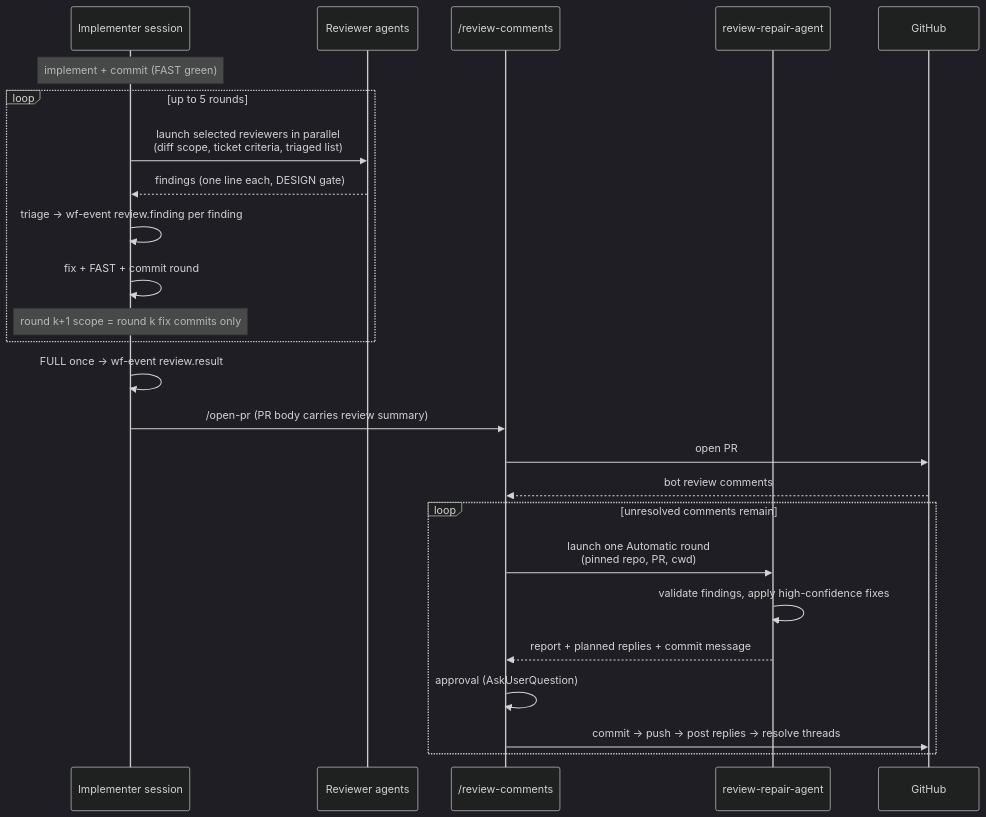
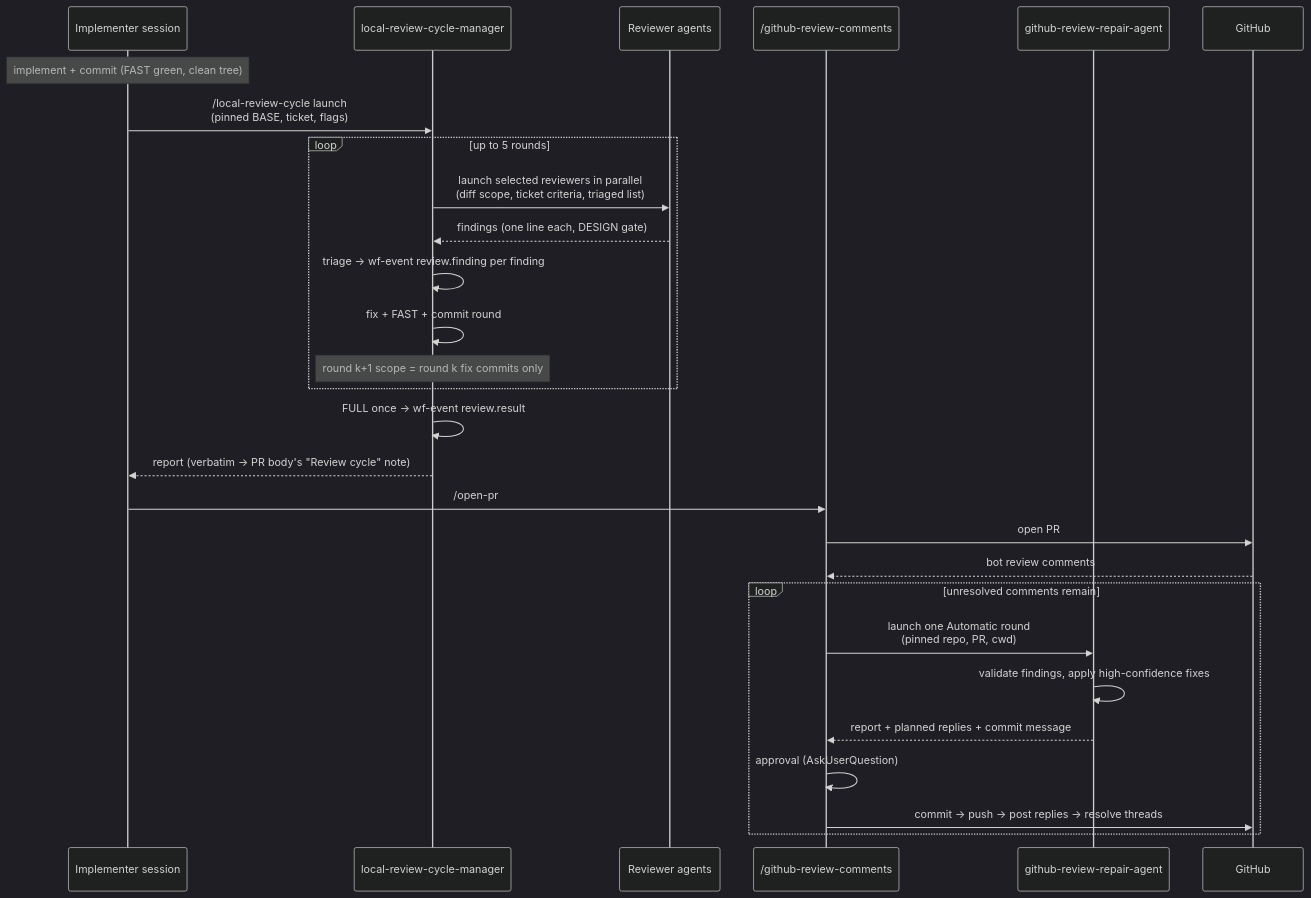
One commit to IdahoEv/dotfiles changed the second of 3 diagrams in docs/workflow-architecture.md. Above: the diagram before and after it, drawn with Mermaid (dark theme). The commit also changed other lines of this file and 19 other files, not shown here.

First line of the commit message:
Move local review cycle into local-review-cycle-manager (#61, #62)

````diff
--- a/docs/workflow-architecture.md
+++ b/docs/workflow-architecture.md
@@ -63,28 +66,31 @@
 ```mermaid
 sequenceDiagram
     participant Impl as Implementer session
+    participant Mgr as local-review-cycle-manager
     participant R as Reviewer agents
-    participant Cmd as /review-comments
-    participant RA as review-repair-agent
+    participant Cmd as /github-review-comments
+    participant RA as github-review-repair-agent
     participant GH as GitHub
 
-    Note over Impl: implement + commit (FAST green)
+    Note over Impl: implement + commit (FAST green, clean tree)
+    Impl->>Mgr: /local-review-cycle launch<br/>(pinned BASE, ticket, flags)
     loop up to 5 rounds
-        Impl->>R: launch selected reviewers in parallel<br/>(diff scope, ticket criteria, triaged list)
-        R-->>Impl: findings (one line each, DESIGN gate)
-        Impl->>Impl: triage → wf-event review.finding per finding
-        Impl->>Impl: fix + FAST + commit round
-        Note over Impl: round k+1 scope = round k fix commits only
+        Mgr->>R: launch selected reviewers in parallel<br/>(diff scope, ticket criteria, triaged list)
+        R-->>Mgr: findings (one line each, DESIGN gate)
+        Mgr->>Mgr: triage → wf-event review.finding per finding
+        Mgr->>Mgr: fix + FAST + commit round
+        Note over Mgr: round k+1 scope = round k fix commits only
     end
-    Impl->>Impl: FULL once → wf-event review.result
-    Impl->>Cmd: /open-pr (PR body carries review summary)
+    Mgr->>Mgr: FULL once → wf-event review.result
+    Mgr-->>Impl: report (verbatim → PR body's "Review cycle" note)
+    Impl->>Cmd: /open-pr
     Cmd->>GH: open PR
     GH-->>Cmd: bot review comments
     loop unresolved comments remain
         Cmd->>RA: launch one Automatic round<br/>(pinned repo, PR, cwd)
         RA->>RA: validate findings, apply high-confidence fixes
         RA-->>Cmd: report + planned replies + commit message
         Cmd->>Cmd: approval (AskUserQuestion)
         Cmd->>GH: commit → push → post replies → resolve threads
     end
 ```
````
